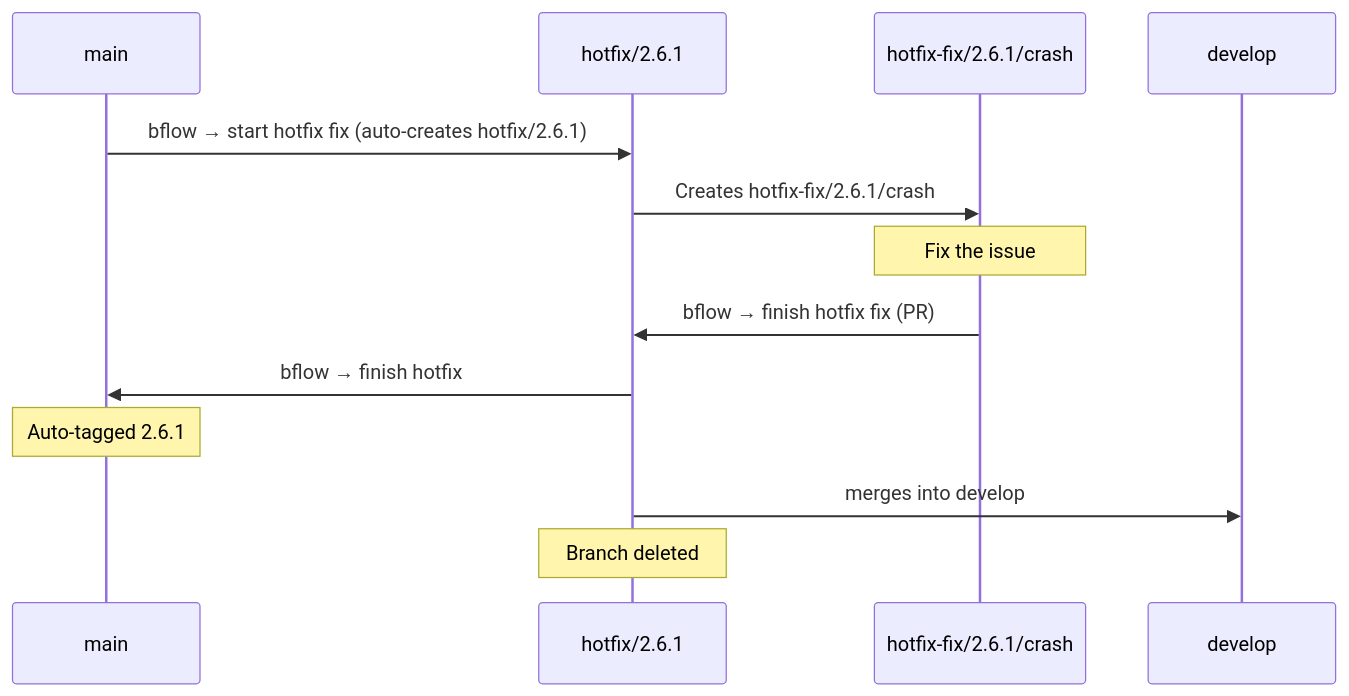
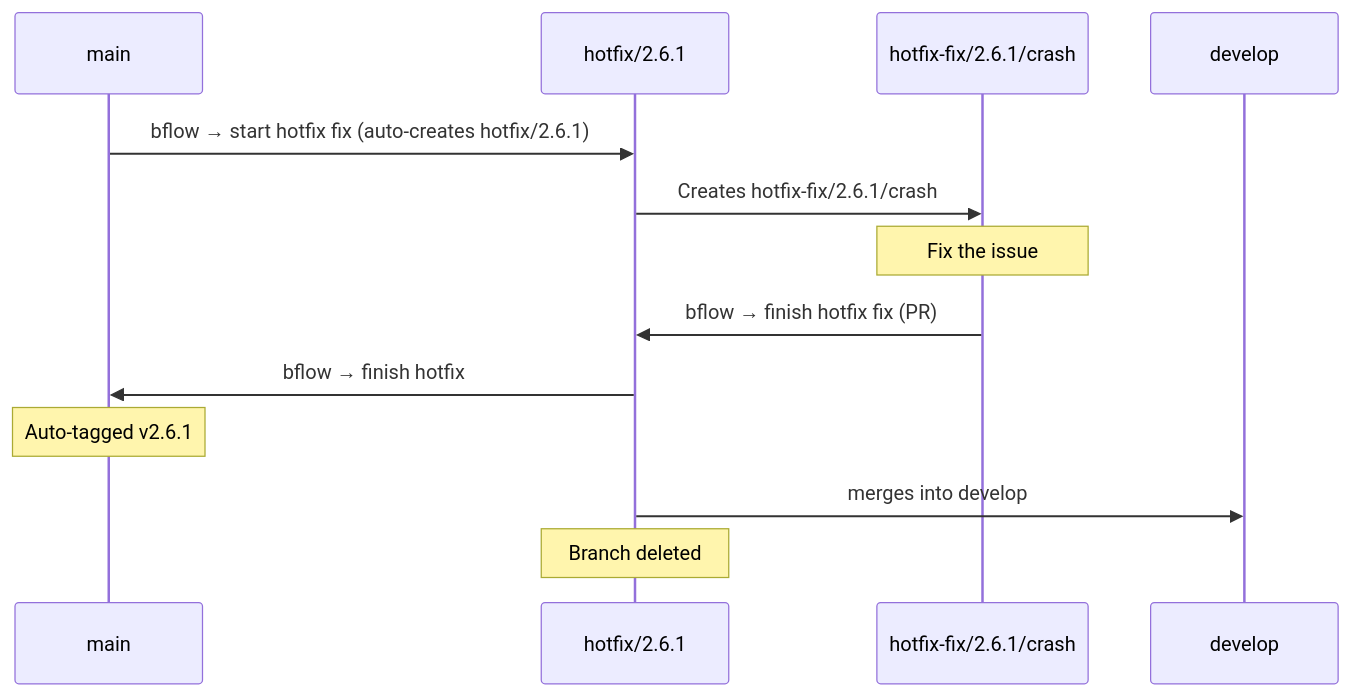
One commit to middelkampdev/gflow changed the fourth of 6 diagrams in README.md. Above: the diagram before and after it, drawn with Mermaid. The commit also changed other lines of this file and 17 other files, not shown here.

````diff
--- a/README.md
+++ b/README.md
@@ -253,16 +253,16 @@
 ```mermaid
 sequenceDiagram
     participant M as main
     participant H as hotfix/2.6.1
     participant HF as hotfix-fix/2.6.1/crash
     participant D as develop
 
     M->>H: bflow → start hotfix fix (auto-creates hotfix/2.6.1)
     H->>HF: Creates hotfix-fix/2.6.1/crash
     Note over HF: Fix the issue
     HF->>H: bflow → finish hotfix fix (PR)
     H->>M: bflow → finish hotfix
-    Note over M: Auto-tagged 2.6.1
+    Note over M: Auto-tagged v2.6.1
     H->>D: merges into develop
     Note over H: Branch deleted
 ```
````
